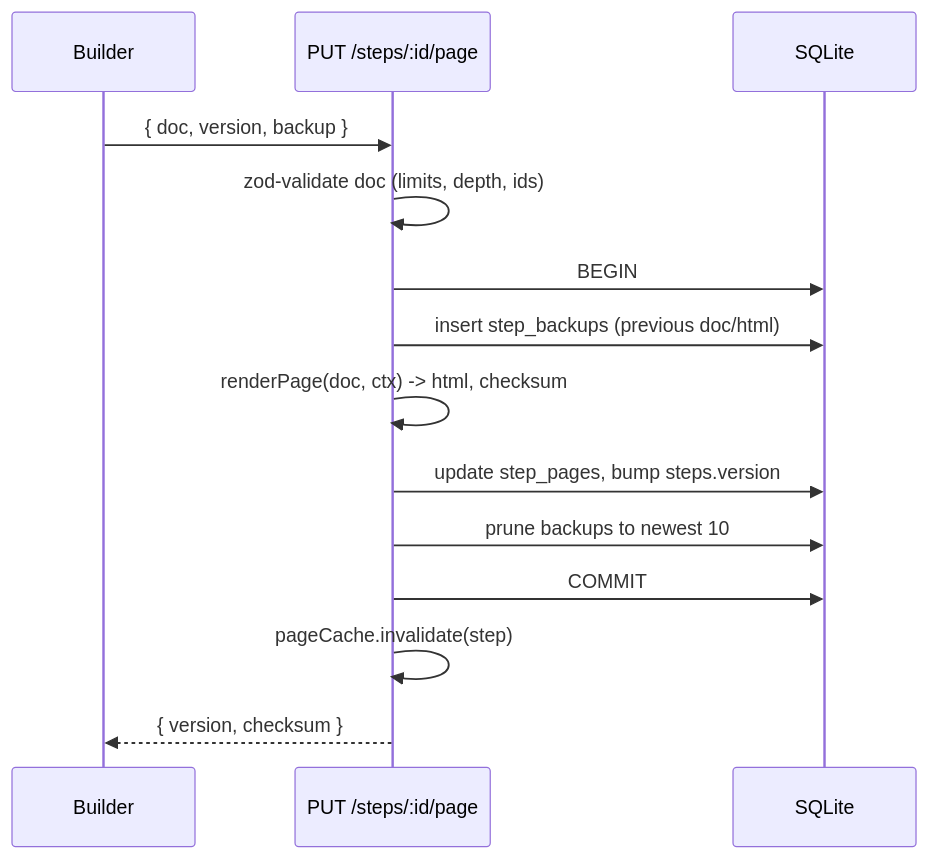
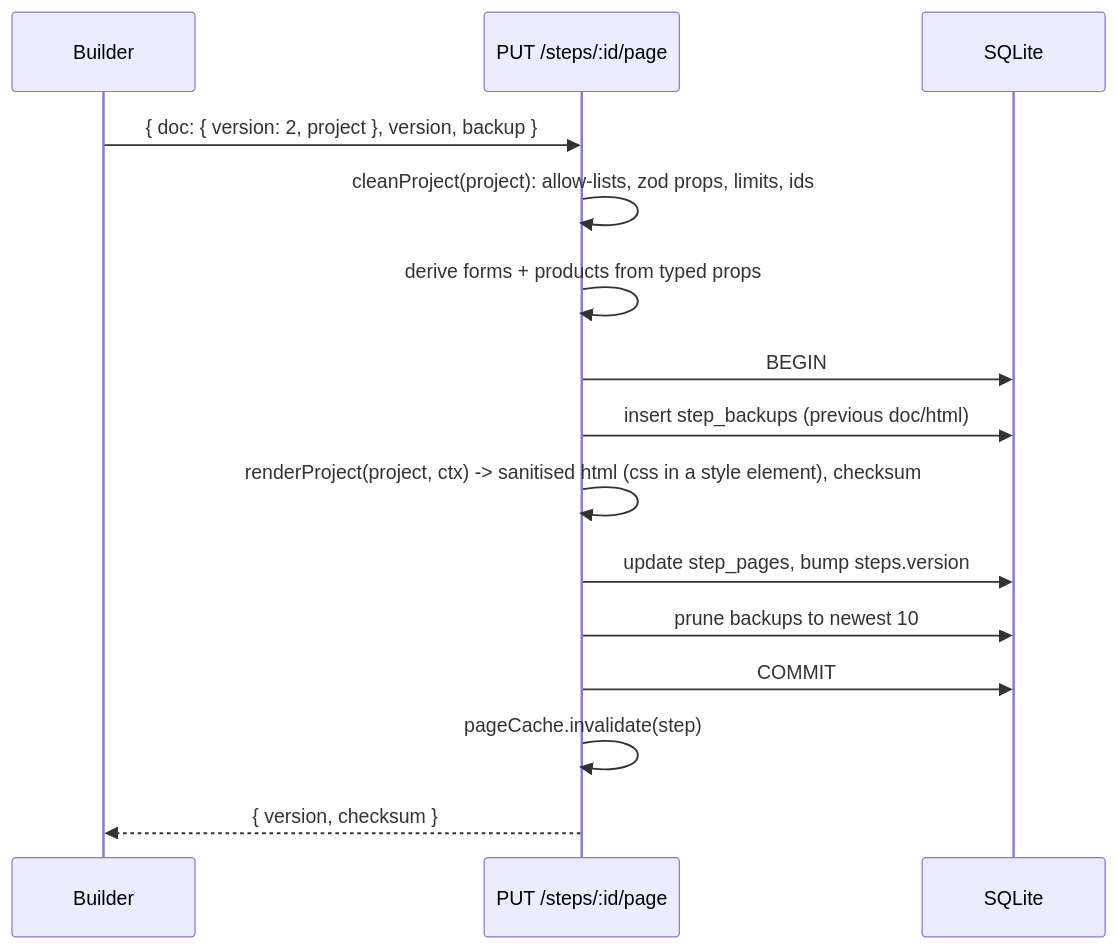
Before and after one commit to VaibhavBansal26/funnels: the fifth of 11 diagrams in docs/ARCHITECTURE.md, drawn with Mermaid. The commit also changed other lines of this file and 59 other files, not shown here.

Commit message:
docs: page builder (architecture, ADR 0022, provenance, security, testing, migration, runbook, AI, performance), design system with screenshots

````diff
--- a/docs/ARCHITECTURE.md
+++ b/docs/ARCHITECTURE.md
@@ -104,16 +105,17 @@
 ```mermaid
 sequenceDiagram
   participant UI as Builder
   participant API as PUT /steps/:id/page
   participant DB as SQLite
-  UI->>API: { doc, version, backup }
-  API->>API: zod-validate doc (limits, depth, ids)
+  UI->>API: { doc: { version: 2, project }, version, backup }
+  API->>API: cleanProject(project): allow-lists, zod props, limits, ids
+  API->>API: derive forms + products from typed props
   API->>DB: BEGIN
   API->>DB: insert step_backups (previous doc/html)
-  API->>API: renderPage(doc, ctx) -> html, checksum
+  API->>API: renderProject(project, ctx) -> sanitised html (css in a style element), checksum
   API->>DB: update step_pages, bump steps.version
   API->>DB: prune backups to newest 10
   API->>DB: COMMIT
   API->>API: pageCache.invalidate(step)
   API-->>UI: { version, checksum }
 ```
````
